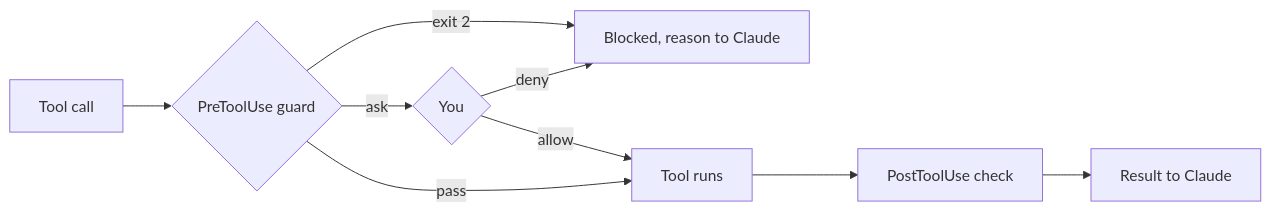
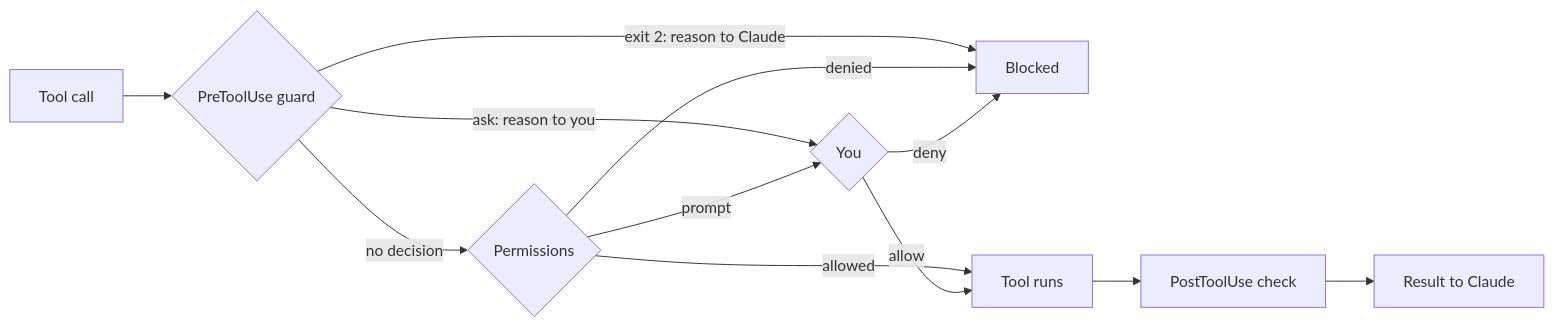
The second of 3 diagrams in docs/methodology.md (minnelhq/minnel), drawn with Mermaid before and after one commit. The commit also changed other lines of this file and 6 other files, not shown here.

First line of the commit message:
fix(methodology): correct the §6 hook diagram and guard the vendored Mermaid

````diff
--- a/docs/methodology.md
+++ b/docs/methodology.md
@@ -179,14 +179,17 @@
 ```mermaid
 ---
 config:
   layout: dagre
 ---
 flowchart LR
   call[Tool call] --> guard{PreToolUse guard}
-  guard -- exit 2 --> blocked[Blocked, reason to Claude]
-  guard -- ask --> you{You}
+  guard -- "exit 2: reason to Claude" --> blocked[Blocked]
+  guard -- "ask: reason to you" --> you{You}
+  guard -- no decision --> perms{Permissions}
+  perms -- denied --> blocked
+  perms -- prompt --> you
+  perms -- allowed --> run[Tool runs]
   you -- deny --> blocked
-  you -- allow --> run[Tool runs]
-  guard -- pass --> run
+  you -- allow --> run
   run --> check[PostToolUse check] --> result[Result to Claude]
 ```
````
